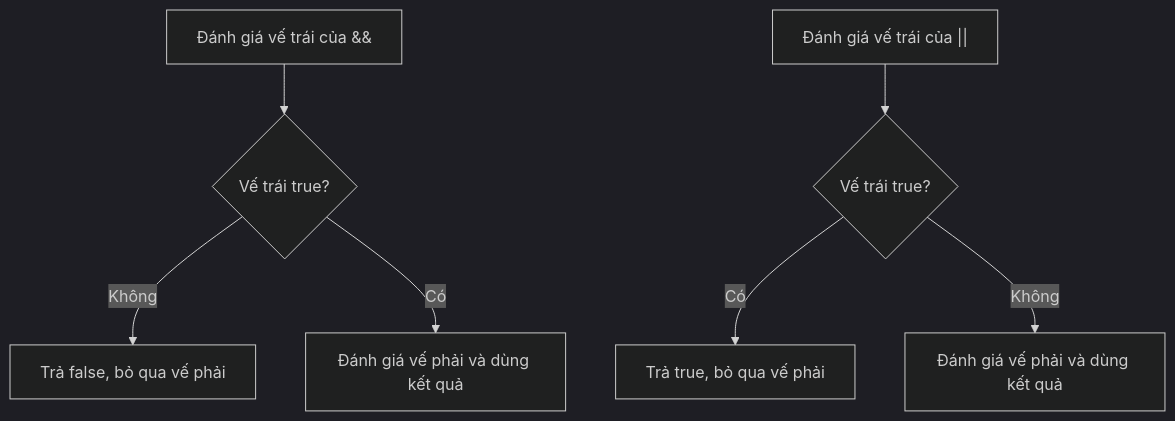
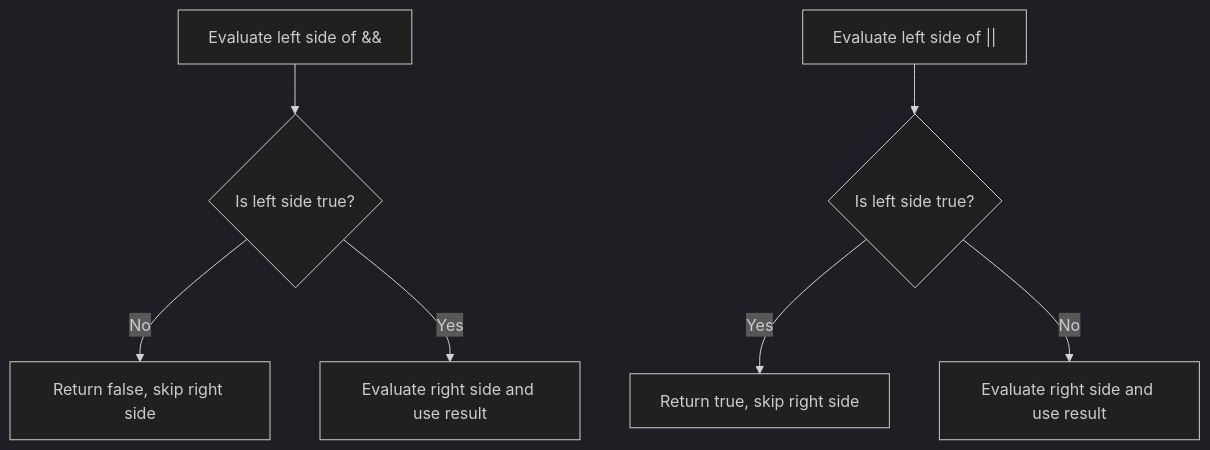
One commit to phuongnguyenit93/learning-platform-data changed the diagram in module/platform/development/programming/language/java/core/language-basics/content/knowledge/en/17.logic-and-conditions/logic-and-conditions-003.md. Above: the diagram before and after it, drawn with Mermaid (dark theme). The commit also changed other lines of this file and 2307 other files, not shown here.

```diff
--- a/module/platform/development/programming/language/java/core/language-basics/content/knowledge/en/17.logic-and-conditions/logic-and-conditions-003.md
+++ b/module/platform/development/programming/language/java/core/language-basics/content/knowledge/en/17.logic-and-conditions/logic-and-conditions-003.md
@@ -44,9 +44,9 @@
 ~~~mermaid
 flowchart TD
-    A["Đánh giá vế trái của &&"] --> B{"Vế trái true?"}
-    B -- "Không" --> C["Trả false, bỏ qua vế phải"]
-    B -- "Có" --> D["Đánh giá vế phải và dùng kết quả"]
-    E["Đánh giá vế trái của ||"] --> F{"Vế trái true?"}
-    F -- "Có" --> G["Trả true, bỏ qua vế phải"]
-    F -- "Không" --> H["Đánh giá vế phải và dùng kết quả"]
+    A["Evaluate left side of &&"] --> B{"Is left side true?"}
+    B -- "No" --> C["Return false, skip right side"]
+    B -- "Yes" --> D["Evaluate right side and use result"]
+    E["Evaluate left side of ||"] --> F{"Is left side true?"}
+    F -- "Yes" --> G["Return true, skip right side"]
+    F -- "No" --> H["Evaluate right side and use result"]
 ~~~
```
